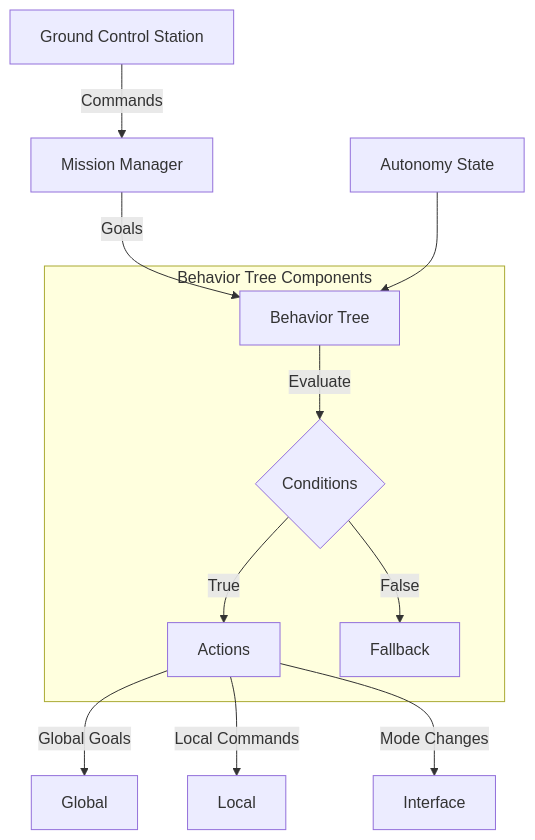
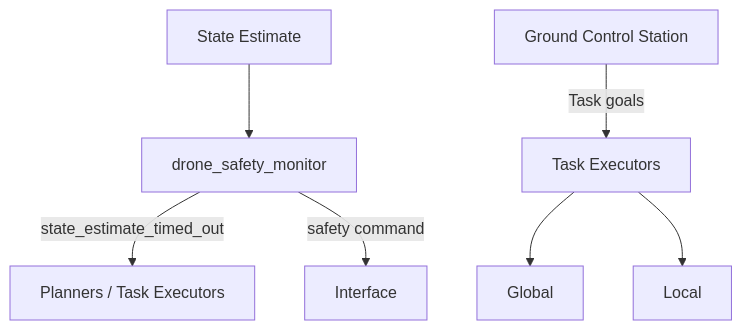
One commit to castacks/AirStack changed the tenth of 14 diagrams in docs/robot/autonomy/system_architecture.md. Above: the diagram before and after it, drawn with Mermaid. The commit also changed other lines of this file and 104 other files, not shown here.

````diff
--- a/docs/robot/autonomy/system_architecture.md
+++ b/docs/robot/autonomy/system_architecture.md
@@ -385,21 +390,10 @@
 ```mermaid
 graph TB
-    Mission[Mission Manager] -->|Goals| BT[Behavior Tree]
-    BT -->|Evaluate| Conditions{Conditions}
-    Conditions -->|True| Actions[Actions]
-    Conditions -->|False| Fallback[Fallback]
+    Odom[State Estimate] --> SM[drone_safety_monitor]
+    SM -->|state_estimate_timed_out| Planners[Planners / Task Executors]
+    SM -->|safety command| Interface
     
-    Actions -->|Global Goals| Global
-    Actions -->|Local Commands| Local
-    Actions -->|Mode Changes| Interface
-    
-    subgraph "Behavior Tree Components"
-        BT
-        Conditions
-        Actions
-        Fallback
-    end
-    
-    GCS[Ground Control Station] -->|Commands| Mission
-    Autonomy[Autonomy State] --> BT
+    GCS[Ground Control Station] -->|Task goals| Tasks[Task Executors]
+    Tasks --> Global
+    Tasks --> Local
 ```
````
